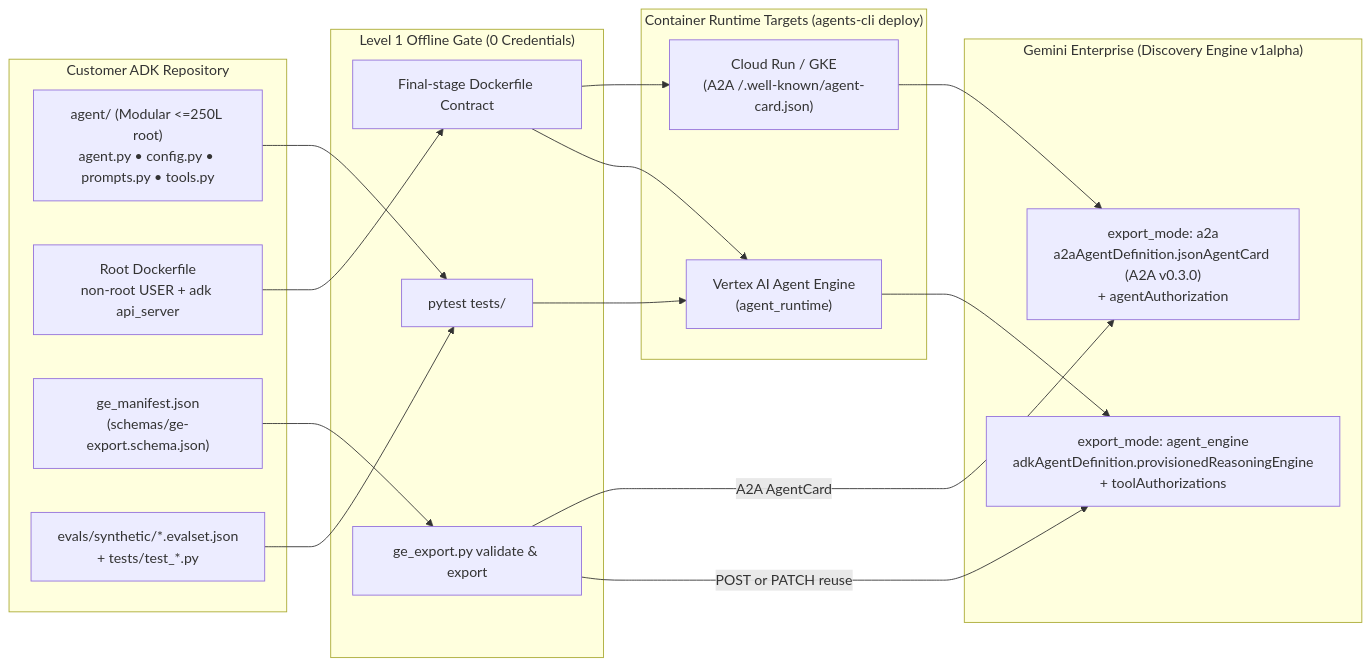
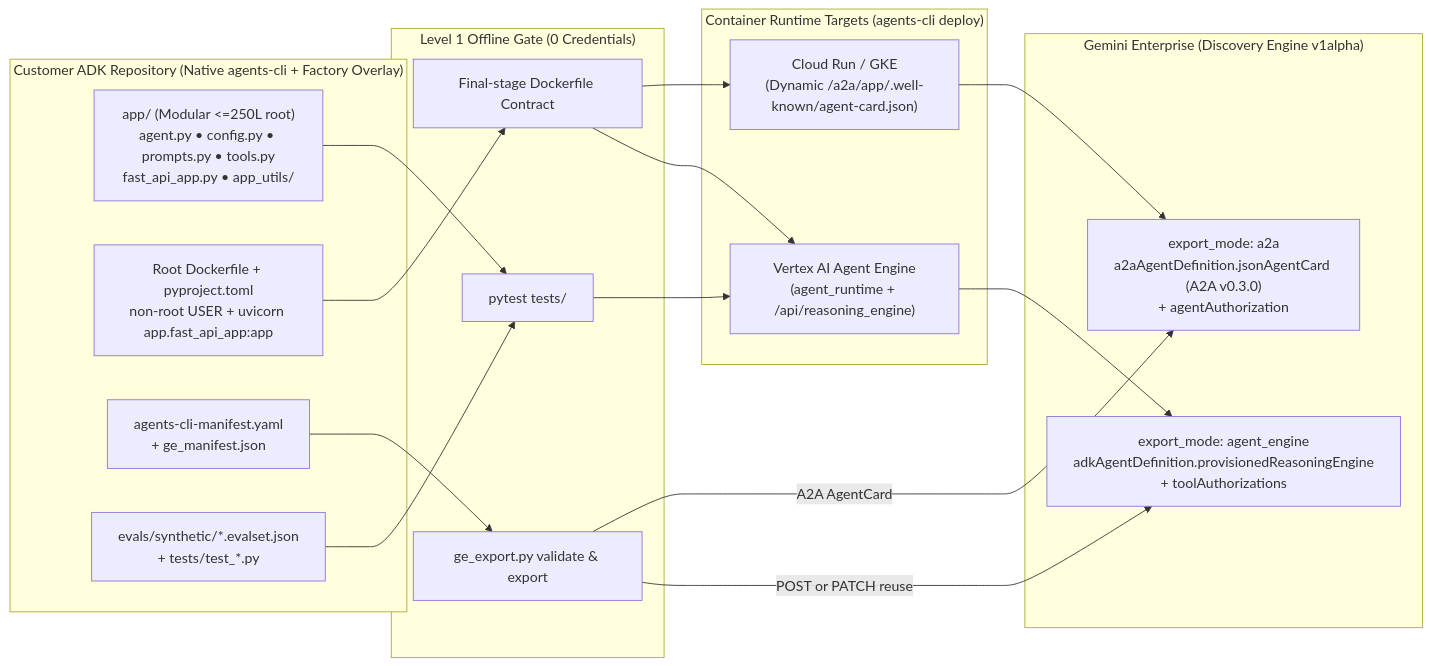
One commit to carlosmscabral/gcp-fde-factories changed the first of 2 diagrams in packs/adk/README.md. Above: the diagram before and after it, drawn with Mermaid. The commit also changed other lines of this file and 48 other files, not shown here.

Commit message:
feat(adk): adopt ADR-014 native google-agents-cli (adk_python) layout in packs/adk

````diff
--- a/packs/adk/README.md
+++ b/packs/adk/README.md
@@ -11,37 +11,37 @@
 ```mermaid
 flowchart LR
-    subgraph REPO["Customer ADK Repository"]
-        PKG["agent/ (Modular <=250L root)<br/>agent.py • config.py • prompts.py • tools.py"]
-        DF["Root Dockerfile<br/>non-root USER + adk api_server"]
-        MAN["ge_manifest.json<br/>(schemas/ge-export.schema.json)"]
+    subgraph REPO["Customer ADK Repository (Native agents-cli + Factory Overlay)"]
+        PKG["app/ (Modular <=250L root)<br/>agent.py • config.py • prompts.py • tools.py<br/>fast_api_app.py • app_utils/"]
+        DF["Root Dockerfile + pyproject.toml<br/>non-root USER + uvicorn app.fast_api_app:app"]
+        MAN["agents-cli-manifest.yaml<br/>+ ge_manifest.json"]
         EVALS["evals/synthetic/*.evalset.json<br/>+ tests/test_*.py"]
     end
 
     subgraph L1["Level 1 Offline Gate (0 Credentials)"]
         PYT["pytest tests/"]
         DFCHK["Final-stage Dockerfile Contract"]
         GEEXP["ge_export.py validate & export"]
     end
 
     subgraph TARGETS["Container Runtime Targets (agents-cli deploy)"]
-        AE["Vertex AI Agent Engine<br/>(agent_runtime)"]
-        CR["Cloud Run / GKE<br/>(A2A /.well-known/agent-card.json)"]
+        AE["Vertex AI Agent Engine<br/>(agent_runtime + /api/reasoning_engine)"]
+        CR["Cloud Run / GKE<br/>(Dynamic /a2a/app/.well-known/agent-card.json)"]
     end
 
     subgraph GE["Gemini Enterprise (Discovery Engine v1alpha)"]
         GE_AE["export_mode: agent_engine<br/>adkAgentDefinition.provisionedReasoningEngine<br/>+ toolAuthorizations"]
         GE_A2A["export_mode: a2a<br/>a2aAgentDefinition.jsonAgentCard (A2A v0.3.0)<br/>+ agentAuthorization"]
     end
 
     PKG --> PYT
     DF --> DFCHK
     MAN --> GEEXP
     EVALS --> PYT
     PYT --> AE
     DFCHK --> AE
     DFCHK --> CR
     GEEXP -->|"POST or PATCH reuse"| GE_AE
     GEEXP -->|"A2A AgentCard"| GE_A2A
     AE --> GE_AE
     CR --> GE_A2A
 ```
````
